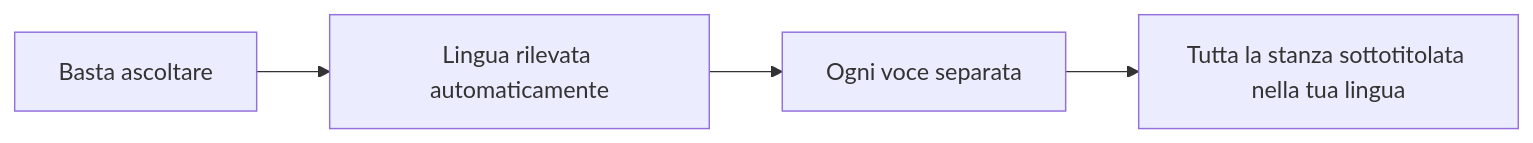
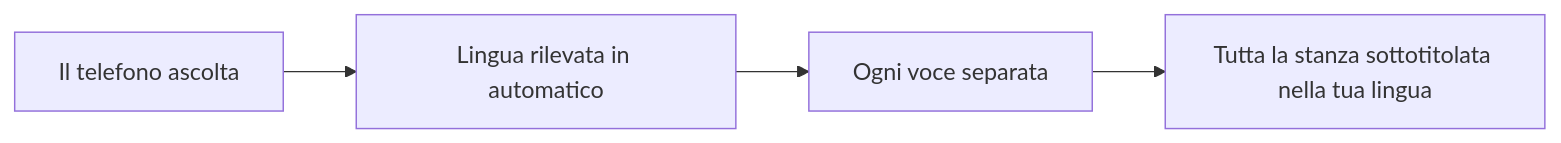
The first of 4 diagrams in README_it.md (rpalm01-star/VigilantEarLegal), drawn with Mermaid before and after one commit. The commit also changed other lines of this file and 14 other files, not shown here.

````diff
--- a/README_it.md
+++ b/README_it.md
@@ -73,4 +82,4 @@
 ```mermaid
 graph LR
-    A["Basta ascoltare"] --> B["Lingua rilevata automaticamente"] --> C["Ogni voce separata"] --> D["Tutta la stanza sottotitolata nella tua lingua"]
+    A["Il telefono ascolta"] --> B["Lingua rilevata in automatico"] --> C["Ogni voce separata"] --> D["Tutta la stanza sottotitolata nella tua lingua"]
 ```
````
